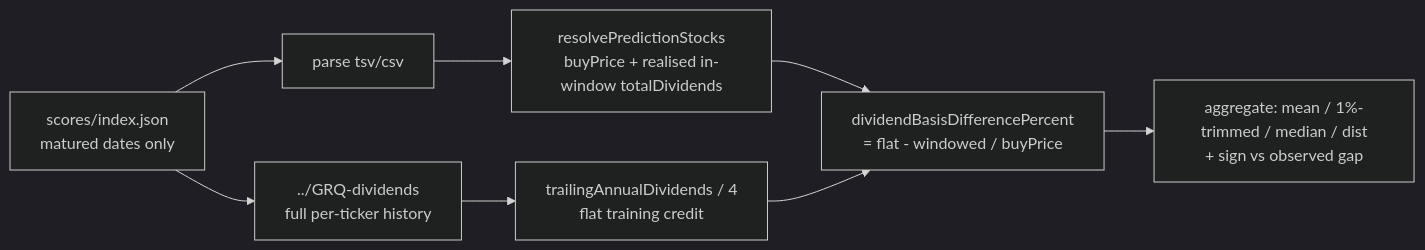
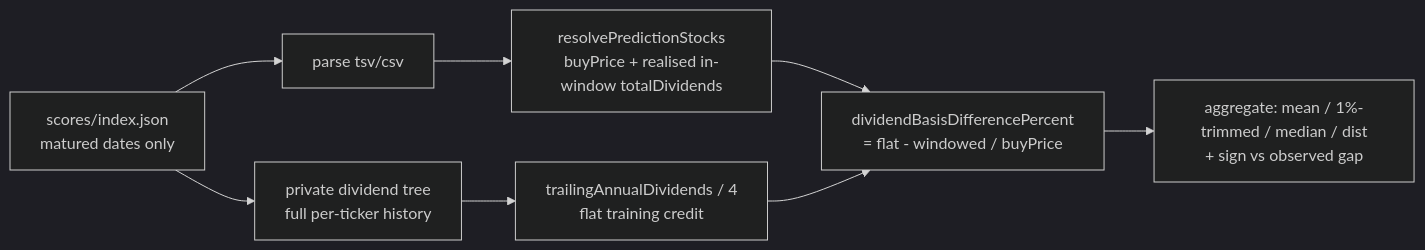
Before and after one commit to stSoftwareAU/GRQ-validation: the diagram in docs/archive/investigations/issue-553-dividend-basis-bias.md, drawn with Mermaid (dark theme). The commit also changed other lines of this file and 20 other files, not shown here.

````diff
--- a/docs/archive/investigations/issue-553-dividend-basis-bias.md
+++ b/docs/archive/investigations/issue-553-dividend-basis-bias.md
@@ -131,10 +133,10 @@
 ```mermaid
 flowchart LR
     A[scores/index.json<br/>matured dates only] --> B[parse tsv/csv]
     B --> C[resolvePredictionStocks<br/>buyPrice + realised in-window totalDividends]
-    A --> D[../GRQ-dividends<br/>full per-ticker history]
+    A --> D[private dividend tree<br/>full per-ticker history]
     D --> E[trailingAnnualDividends / 4<br/>flat training credit]
     C --> F[dividendBasisDifferencePercent<br/>= flat - windowed / buyPrice]
     E --> F
     F --> G[aggregate: mean / 1%-trimmed / median / dist<br/>+ sign vs observed gap]
 ```
````
